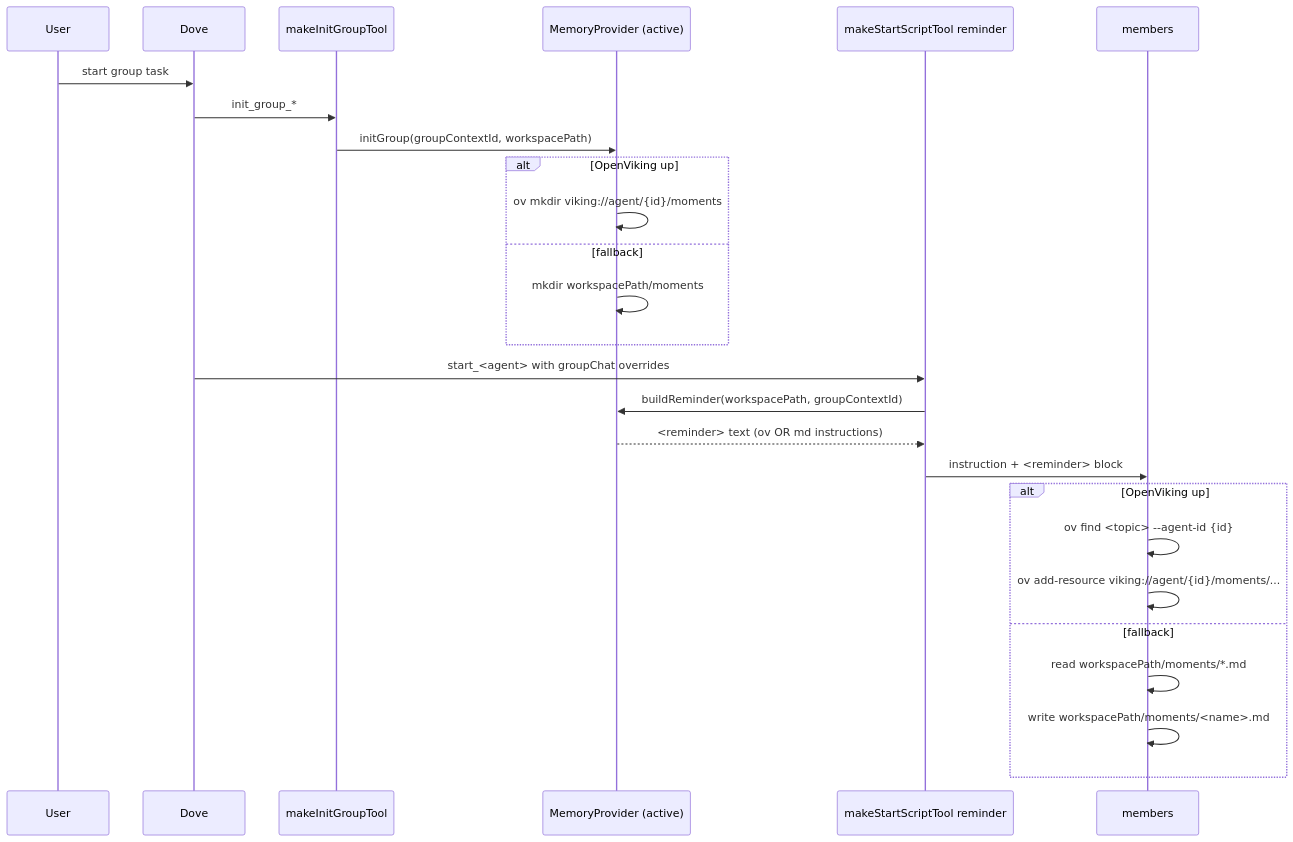
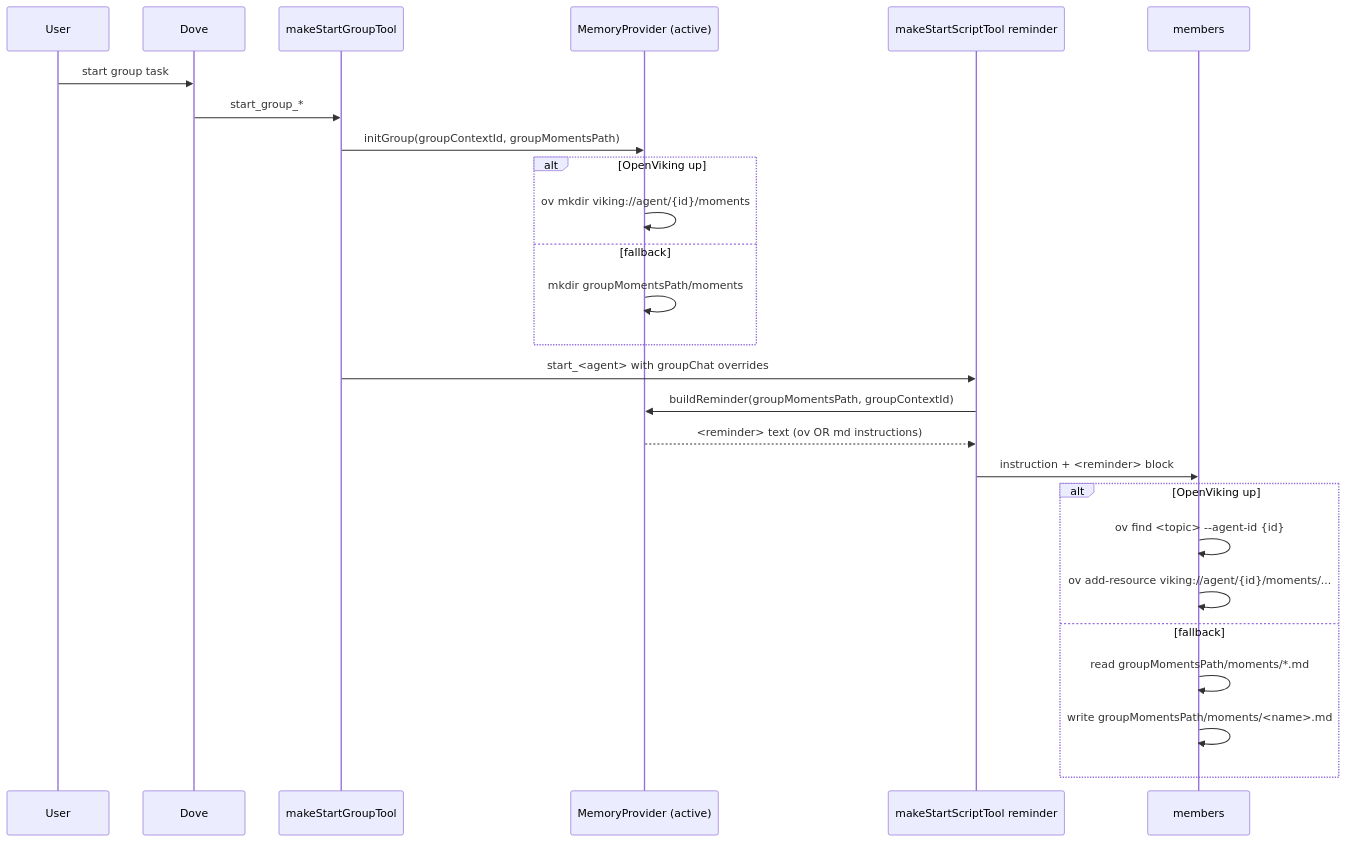
Before and after one commit to PixelPaw-Labs/DovePaw: the fifth of 6 diagrams in docs/memory-management.md, drawn with Mermaid. The commit also changed other lines of this file and 2 other files, not shown here.

Commit message:
docs: remove init_group references, update to start_group single-step flow

````diff
--- a/docs/memory-management.md
+++ b/docs/memory-management.md
@@ -163,31 +163,31 @@
 ```mermaid
 sequenceDiagram
   participant U as User
   participant D as Dove
-  participant I as makeInitGroupTool
+  participant SG as makeStartGroupTool
   participant M as MemoryProvider (active)
   participant S as makeStartScriptTool reminder
   participant Mem as members
 
   U->>D: start group task
-  D->>I: init_group_*
-  I->>M: initGroup(groupContextId, workspacePath)
+  D->>SG: start_group_*
+  SG->>M: initGroup(groupContextId, groupMomentsPath)
   alt OpenViking up
     M->>M: ov mkdir viking://agent/{id}/moments
   else fallback
-    M->>M: mkdir workspacePath/moments
+    M->>M: mkdir groupMomentsPath/moments
   end
 
-  D->>S: start_<agent> with groupChat overrides
-  S->>M: buildReminder(workspacePath, groupContextId)
+  SG->>S: start_<agent> with groupChat overrides
+  S->>M: buildReminder(groupMomentsPath, groupContextId)
   M-->>S: <reminder> text (ov OR md instructions)
   S->>Mem: instruction + <reminder> block
 
   alt OpenViking up
     Mem->>Mem: ov find <topic> --agent-id {id}
     Mem->>Mem: ov add-resource viking://agent/{id}/moments/...
   else fallback
-    Mem->>Mem: read workspacePath/moments/*.md
-    Mem->>Mem: write workspacePath/moments/<name>.md
+    Mem->>Mem: read groupMomentsPath/moments/*.md
+    Mem->>Mem: write groupMomentsPath/moments/<name>.md
   end
 ```
````
